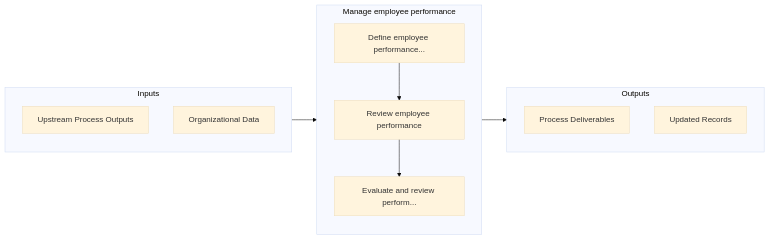
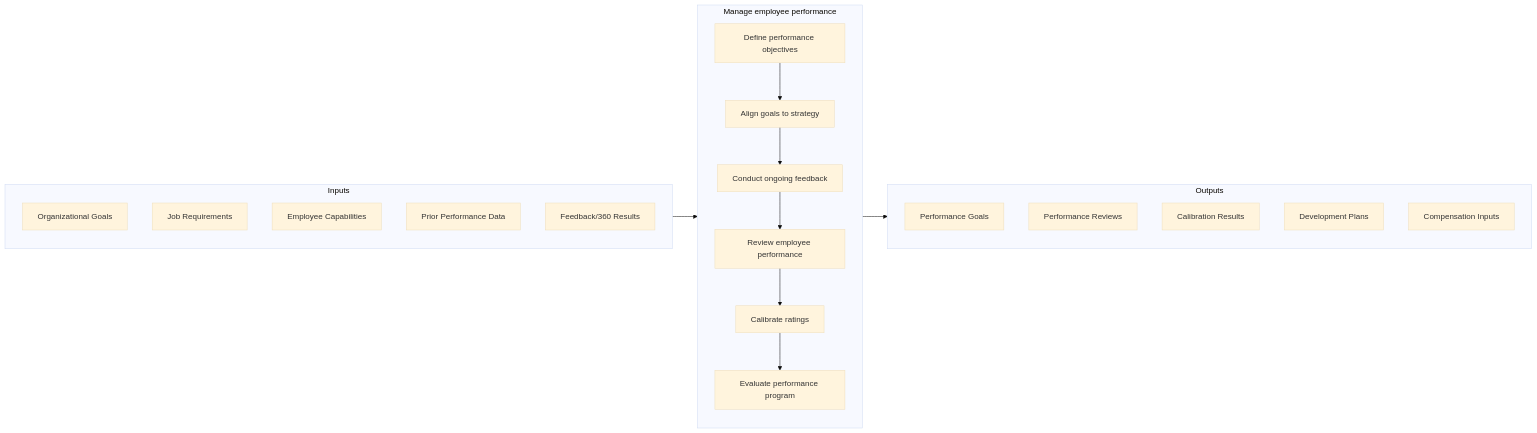
Before and after one commit to kziemski/business.org.ai: the second of 2 diagrams in processes/07-HR/7.3-ManageEmployeeOnboardingTraining/7.3.2-ManageEmployeePerformance/index.mdx, drawn with Mermaid (base theme). The commit also changed other lines of this file and 885 other files, not shown here.

````diff
--- a/processes/07-HR/7.3-ManageEmployeeOnboardingTraining/7.3.2-ManageEmployeePerformance/index.mdx
+++ b/processes/07-HR/7.3-ManageEmployeeOnboardingTraining/7.3.2-ManageEmployeePerformance/index.mdx
@@ -61,22 +59,31 @@
 ```mermaid
 flowchart LR
     subgraph Inputs["Inputs"]
-        I1["Upstream Process Outputs"]
-        I2["Organizational Data"]
+        I1["Organizational Goals"]
+        I2["Job Requirements"]
+        I3["Employee Capabilities"]
+        I4["Prior Performance Data"]
+        I5["Feedback/360 Results"]
     end
 
     subgraph Process["Manage employee performance"]
-        S1["Define employee performance..."]
-        S2["Review employee performance"]
-        S3["Evaluate and review perform..."]
+        S1["Define performance objectives"]
+        S2["Align goals to strategy"]
+        S3["Conduct ongoing feedback"]
+        S4["Review employee performance"]
+        S5["Calibrate ratings"]
+        S6["Evaluate performance program"]
+
+        S1 --> S2 --> S3 --> S4 --> S5 --> S6
     end
 
     subgraph Outputs["Outputs"]
-        O1["Process Deliverables"]
-        O2["Updated Records"]
+        O1["Performance Goals"]
+        O2["Performance Reviews"]
+        O3["Calibration Results"]
+        O4["Development Plans"]
+        O5["Compensation Inputs"]
     end
 
     Inputs --> Process --> Outputs
-    S1 --> S2
-    S2 --> S3
 ```
````
